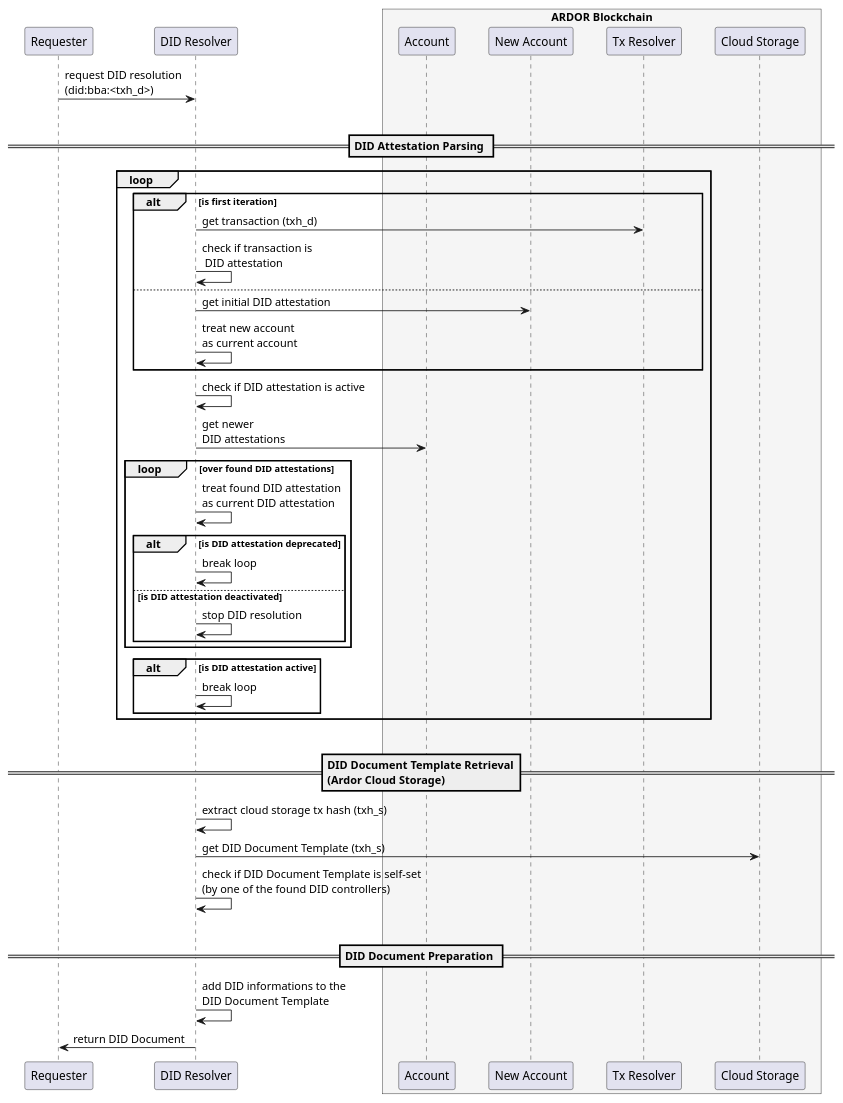
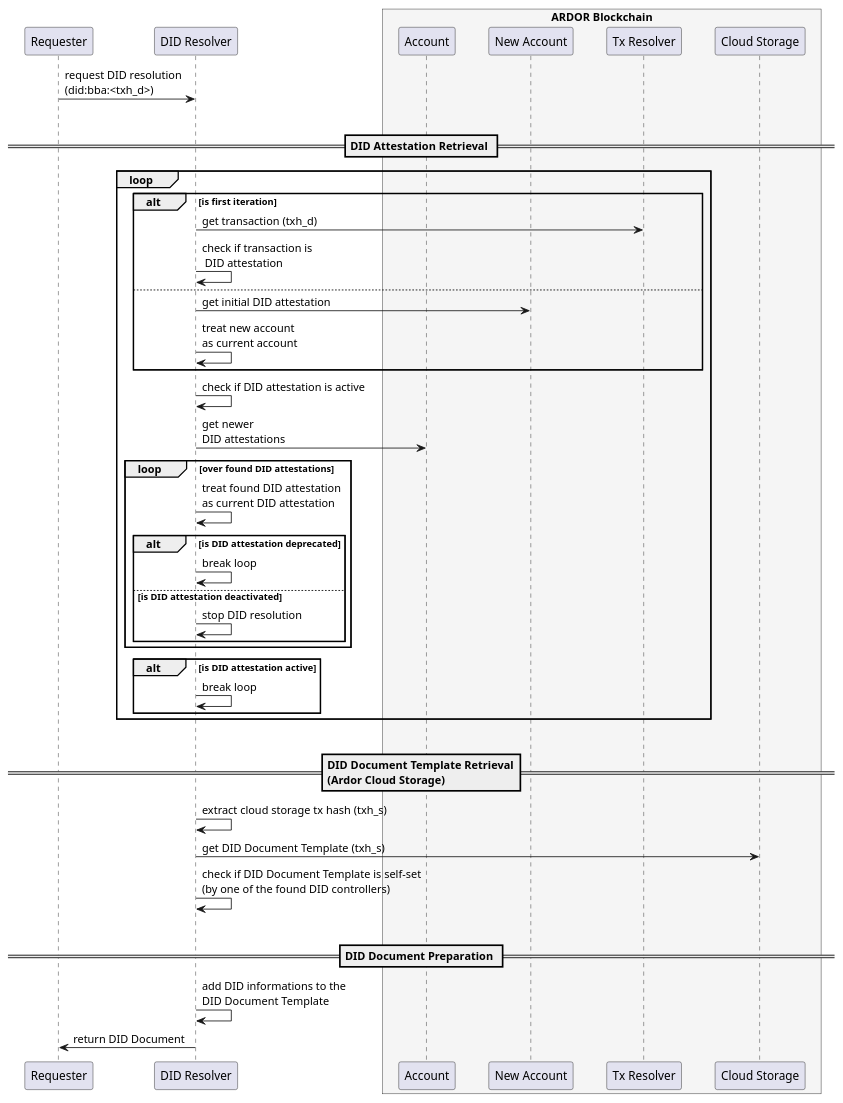
Before and after one commit to blobaa/bba-did-method-specification: the diagram in docs/plantuml/src/did-resolve.puml, drawn with PlantUML. The commit also changed 4 other files, not shown here.

```diff
--- a/docs/plantuml/src/did-resolve.puml
+++ b/docs/plantuml/src/did-resolve.puml
@@ -1,65 +1,65 @@
 @startuml
 skinparam BoxPadding 15
 skinparam ParticipantPadding 15
 
 
 participant "Requester" as REQ
 participant "DID Resolver" as RES
 box "ARDOR Blockchain" #WhiteSmoke
     participant "Account" as ATTE
     participant "New Account" as NATTE
     participant "Tx Resolver" as TXR
     participant "Cloud Storage" as STR
 end box
 
 
 
 REQ -> RES: request DID resolution\n(did:bba:<txh_d>)
 |||
 
 
-== DID Attestation Parsing ==
+== DID Attestation Retrieval ==
 
 loop
     alt is first iteration
         RES -> TXR: get transaction (txh_d)
         RES -> RES: check if transaction is\n DID attestation
     else
         ' RES -> RES: store account name
         RES -> NATTE: get initial DID attestation
         RES -> RES: treat new account\nas current account
     end
 
     RES -> RES: check if DID attestation is active
     RES -> ATTE: get newer \nDID attestations
 
     loop over found DID attestations
         RES -> RES: treat found DID attestation\nas current DID attestation
         alt is DID attestation deprecated
             RES -> RES: break loop
         else is DID attestation deactivated
             RES -> RES: stop DID resolution
         end
     end
     alt is DID attestation active
         RES -> RES: break loop
     end
 end
 |||
 
 
 == DID Document Template Retrieval\n(Ardor Cloud Storage) ==
 
 RES -> RES: extract cloud storage tx hash (txh_s)
 RES -> STR: get DID Document Template (txh_s)
 RES -> RES: check if DID Document Template is self-set\n(by one of the found DID controllers)
 |||
 
 
 == DID Document Preparation ==
 
 RES -> RES: add DID informations to the\nDID Document Template
 RES -> REQ: return DID Document
 
 
 @enduml
```
